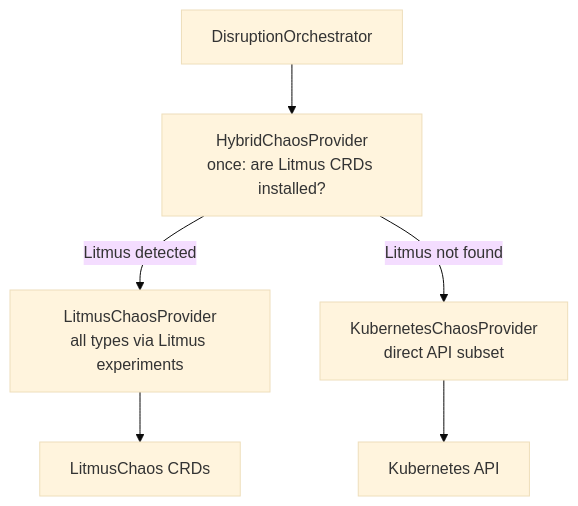
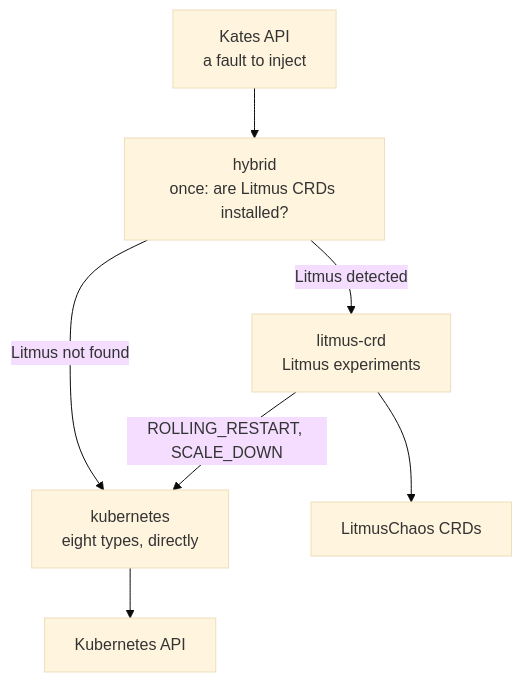
One commit to bmscomp/kates changed the second of 9 diagrams in docs/book/07-chaos-practice.md. Above: the diagram before and after it, drawn with Mermaid (base theme). The commit also changed other lines of this file and 1 other file, not shown here.

````diff
--- a/docs/book/07-chaos-practice.md
+++ b/docs/book/07-chaos-practice.md
@@ -166,13 +166,14 @@
 ```mermaid
 %%| label: fig-practice-hybrid-provider
-%%| fig-cap: "With `kates.chaos.provider=hybrid`, Kates looks for the LitmusChaos CRDs once, and sends every disruption to the provider it picked."
-%%| fig-alt: "Flowchart. The DisruptionOrchestrator calls the HybridChaosProvider, which asks once whether the Litmus CRDs are installed. If Litmus is detected, it uses the LitmusChaosProvider, which drives the LitmusChaos CRDs. If Litmus is not found, it uses the KubernetesChaosProvider, which calls the Kubernetes API directly for its subset of types."
+%%| fig-cap: "With `kates.chaos.provider=hybrid`, Kates looks for the LitmusChaos CRDs once, and sends every fault to the provider it picked."
+%%| fig-alt: "Flowchart. A fault from the Kates API goes to the hybrid provider, which asks once whether the Litmus CRDs are installed. If Litmus is detected, it uses the litmus-crd provider, which runs Litmus experiments through the LitmusChaos CRDs and hands ROLLING_RESTART and SCALE_DOWN to the kubernetes provider. If Litmus is not found, it uses the kubernetes provider, which calls the Kubernetes API directly for the eight types it implements."
 graph TD
-    DO[DisruptionOrchestrator] --> HCP[HybridChaosProvider<br/>once: are Litmus CRDs installed?]
+    DO[Kates API<br/>a fault to inject] --> HCP[hybrid<br/>once: are Litmus CRDs installed?]
     
-    HCP -->|Litmus detected| LCP[LitmusChaosProvider<br/>all types via Litmus experiments]
-    HCP -->|Litmus not found| KCP[KubernetesChaosProvider<br/>direct API subset]
+    HCP -->|Litmus detected| LCP[litmus-crd<br/>Litmus experiments]
+    HCP -->|Litmus not found| KCP[kubernetes<br/>eight types, directly]
     
     LCP --> LIT[LitmusChaos CRDs]
+    LCP -->|ROLLING_RESTART, SCALE_DOWN| KCP
     KCP --> K8S[Kubernetes API]
 ```
````
